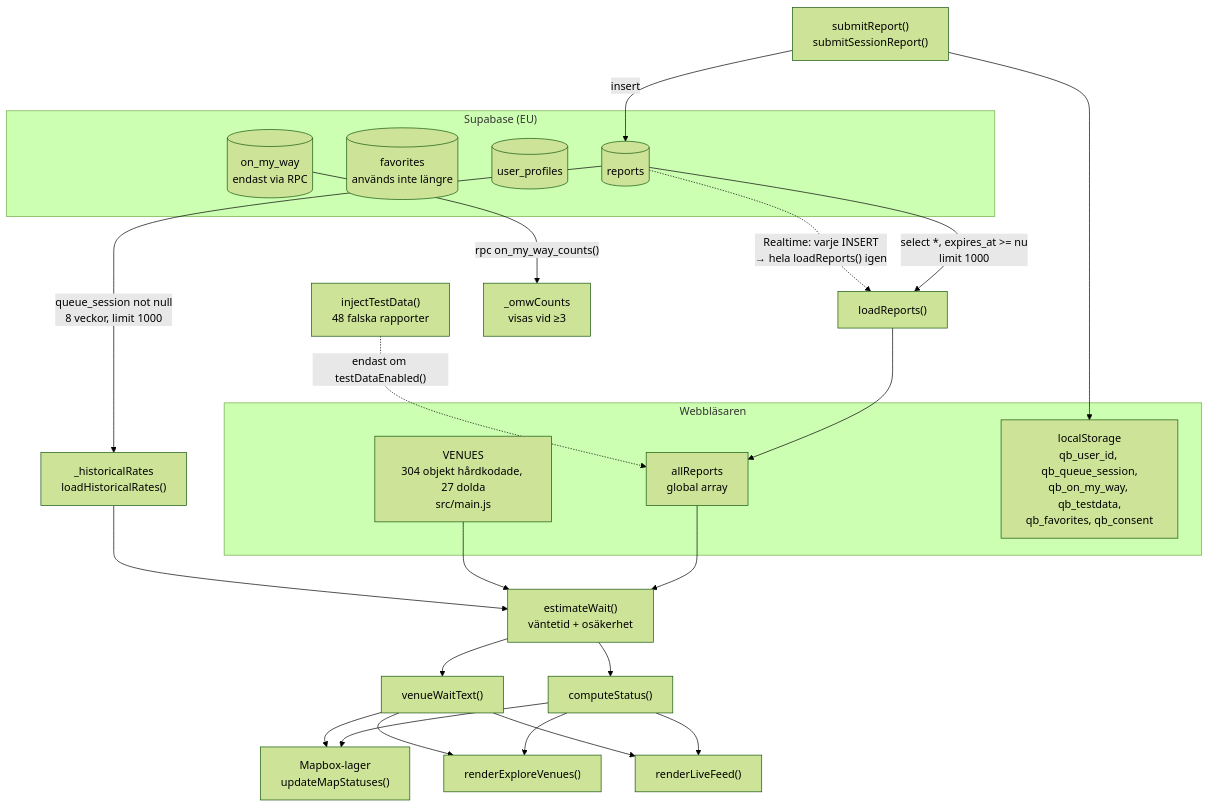
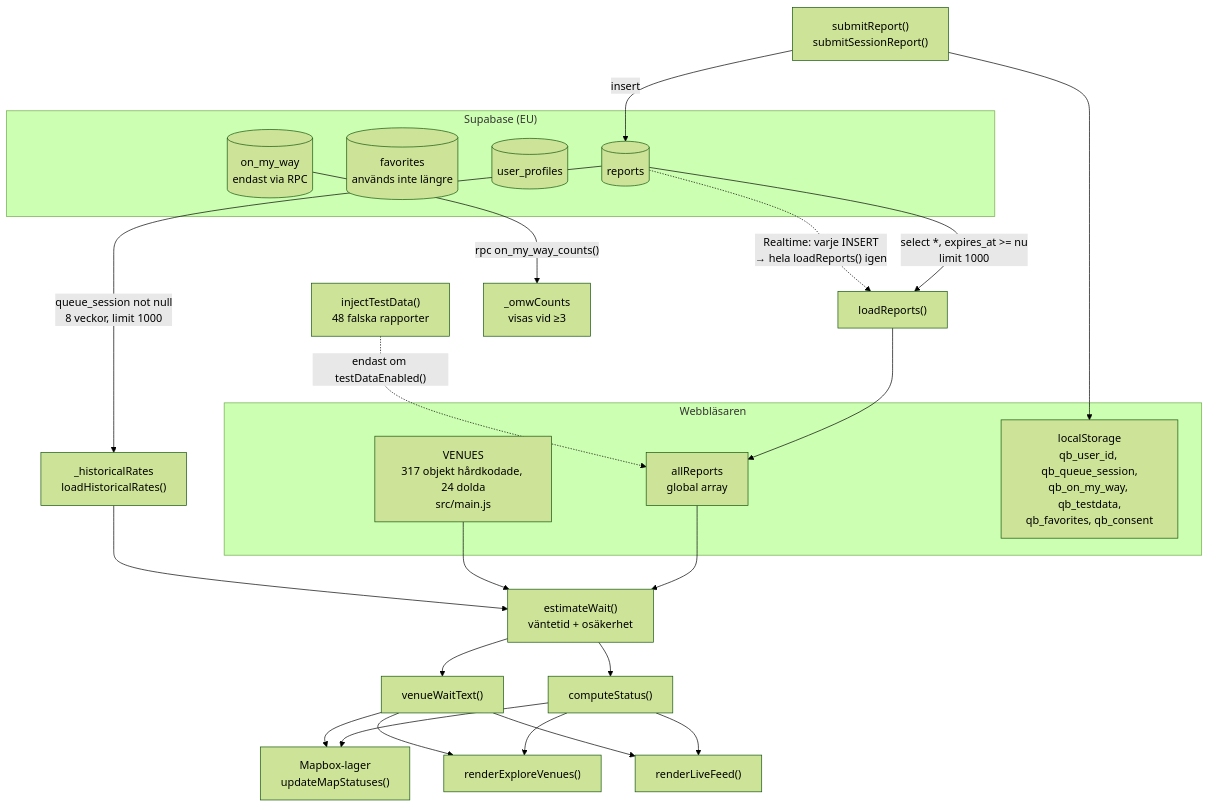
The diagram in docs/ARCHITECTURE.md (faisuseng3-dotcom/Anchor), drawn with Mermaid (forest theme) before and after one commit. The commit also changed other lines of this file and 6 other files, not shown here.

````diff
--- a/docs/ARCHITECTURE.md
+++ b/docs/ARCHITECTURE.md
@@ -120,39 +120,39 @@
 ```mermaid
 flowchart TD
     subgraph Klient["Webbläsaren"]
-        VENUES["VENUES<br/>304 objekt hårdkodade, 27 dolda<br/>src/main.js"]
+        VENUES["VENUES<br/>317 objekt hårdkodade, 24 dolda<br/>src/main.js"]
         AR["allReports<br/>global array"]
         LS["localStorage<br/>qb_user_id, qb_queue_session,<br/>qb_on_my_way, qb_testdata,<br/>qb_favorites, qb_consent"]
     end
 
     subgraph DB["Supabase (EU)"]
         REPORTS[("reports")]
         FAV[("favorites<br/>används inte längre")]
         PROF[("user_profiles")]
         OMW[("on_my_way<br/>endast via RPC")]
     end
 
     REPORTS -->|"select *, expires_at >= nu<br/>limit 1000"| LR["loadReports()"]
     LR --> AR
     TD["injectTestData()<br/>48 falska rapporter"] -.->|"endast om testDataEnabled()"| AR
 
     AR --> EW["estimateWait()<br/>väntetid + osäkerhet"]
     VENUES --> EW
     HR["_historicalRates<br/>loadHistoricalRates()"] --> EW
     REPORTS -->|"queue_session not null<br/>8 veckor, limit 1000"| HR
 
     EW --> CS["computeStatus()"]
     EW --> VWT["venueWaitText()"]
 
     CS --> MAP["Mapbox-lager<br/>updateMapStatuses()"]
     VWT --> MAP
     CS --> EXP["renderExploreVenues()"]
     VWT --> EXP
     CS --> LIVE["renderLiveFeed()"]
     VWT --> LIVE
 
     RPT["submitReport()<br/>submitSessionReport()"] -->|insert| REPORTS
     RPT --> LS
     REPORTS -.->|"Realtime: varje INSERT<br/>→ hela loadReports() igen"| LR
     OMW -->|"rpc on_my_way_counts()"| OMWC["_omwCounts<br/>visas vid ≥3"]
 ```
````
